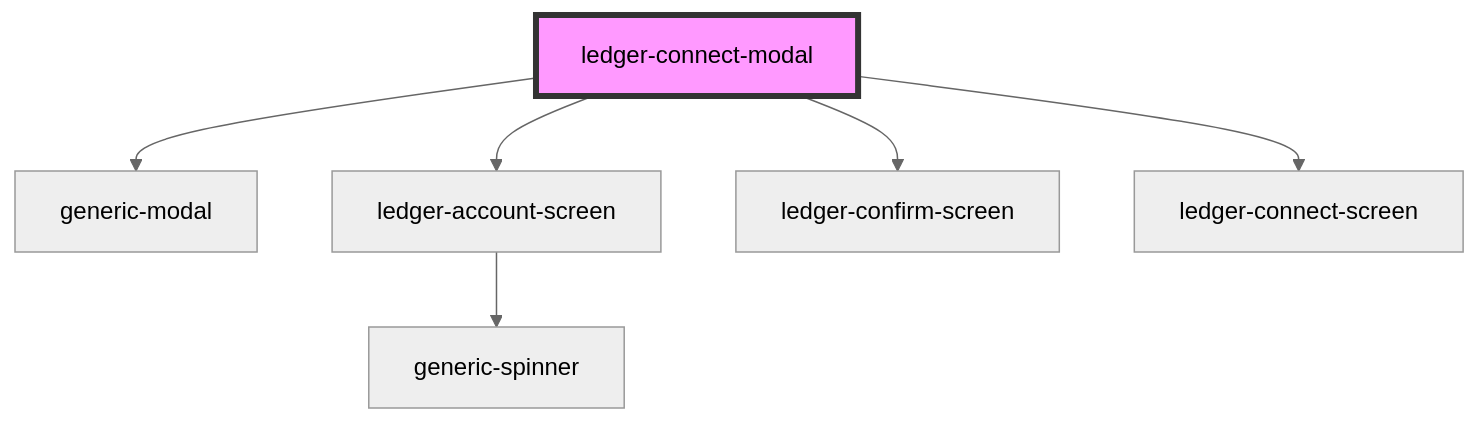
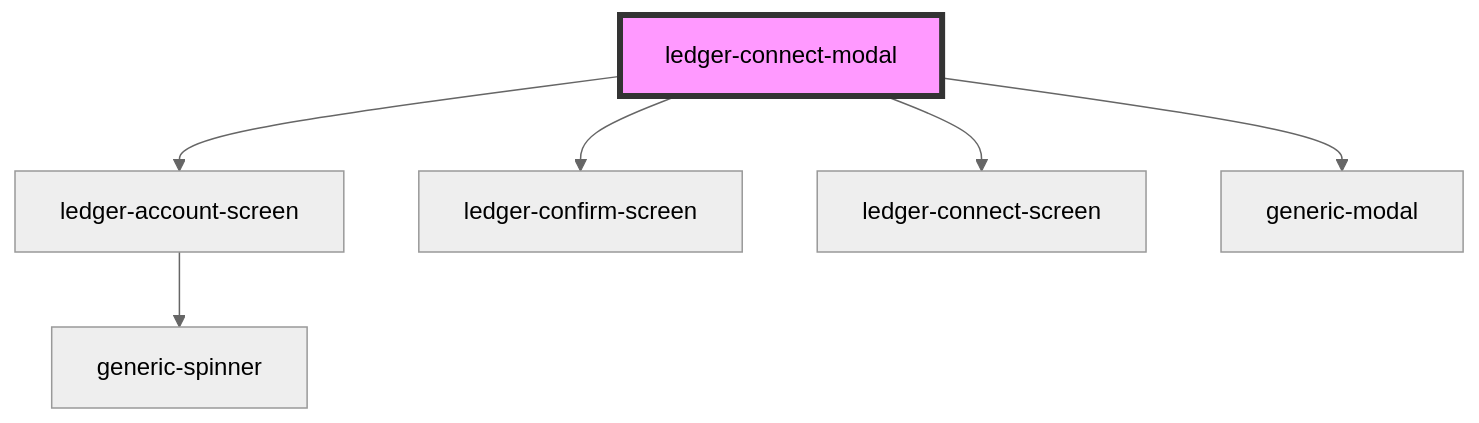
One commit to multiversx/mx-sdk-dapp-ui changed the diagram in src/components/functional/ledger-connect-components/readme.md. Above: the diagram before and after it, drawn with Mermaid (neutral theme). The commit also changed other lines of this file and 15 other files, not shown here.

````diff
--- a/src/components/functional/ledger-connect-components/readme.md
+++ b/src/components/functional/ledger-connect-components/readme.md
@@ -38,9 +38,9 @@
 ```mermaid
 graph TD;
-  ledger-connect-modal --> generic-modal
   ledger-connect-modal --> ledger-account-screen
   ledger-connect-modal --> ledger-confirm-screen
   ledger-connect-modal --> ledger-connect-screen
+  ledger-connect-modal --> generic-modal
   ledger-account-screen --> generic-spinner
   style ledger-connect-modal fill:#f9f,stroke:#333,stroke-width:4px
 ```
````
